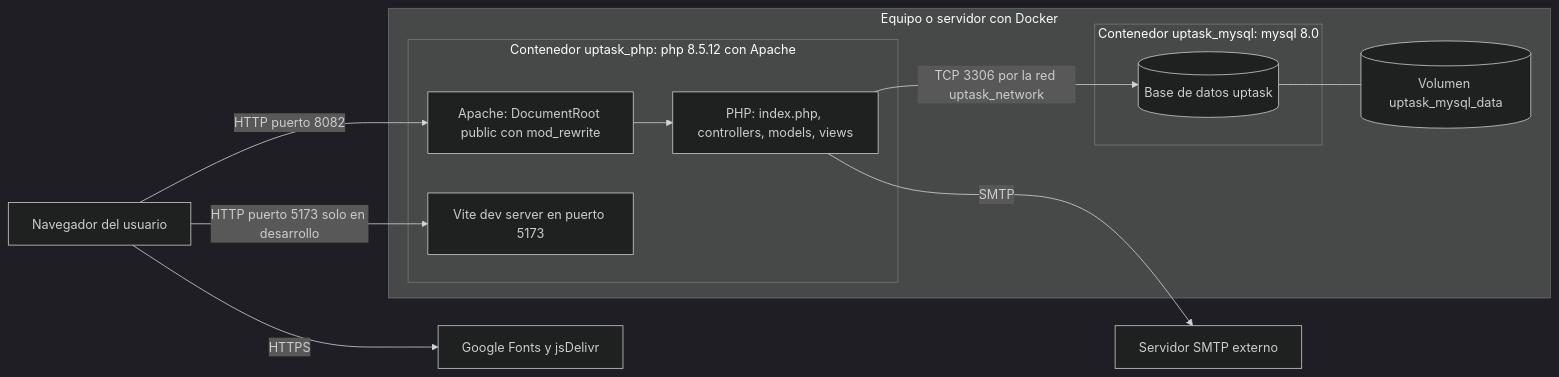
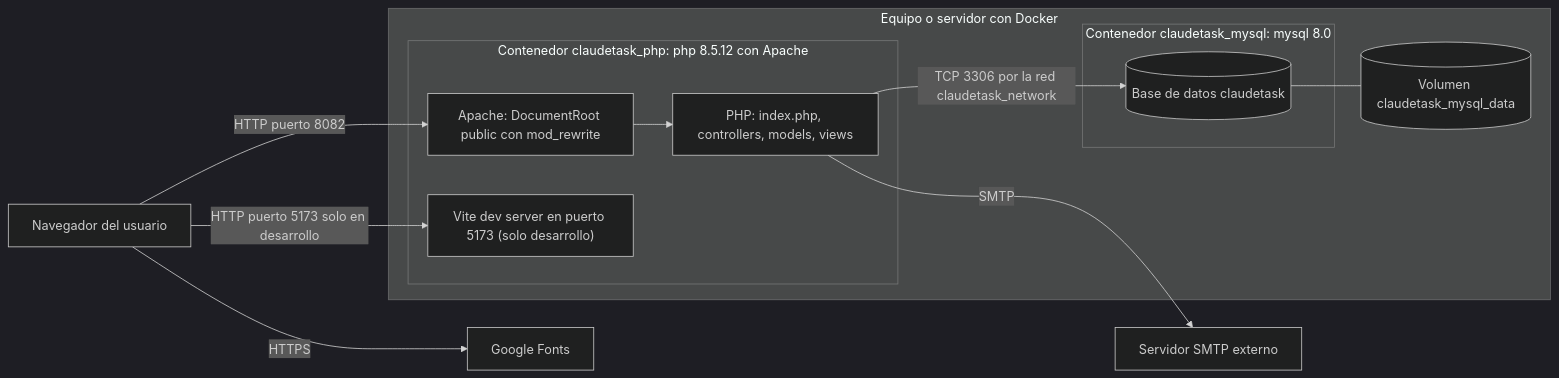
Before and after one commit to JCChoqueM/Santi-Task: diagram 12 of 14 in docs_santitask.md, drawn with Mermaid (dark theme). The commit also changed other lines of this file, not shown here.

Commit message:
Paso 10a: secciones 3 y 4 de docs_santitask.md alineadas con ClaudeTask (roles, partes, vinculos, API)

````diff
--- a/docs_santitask.md
+++ b/docs_santitask.md
@@ -642,26 +953,26 @@
 ```mermaid
 flowchart LR
     NAV["Navegador del usuario"]
     SMTP["Servidor SMTP externo"]
-    CDN["Google Fonts y jsDelivr"]
+    CDN["Google Fonts"]
 
     subgraph Host["Equipo o servidor con Docker"]
-        subgraph PHP["Contenedor uptask_php: php 8.5.12 con Apache"]
+        subgraph PHP["Contenedor claudetask_php: php 8.5.12 con Apache"]
             AP["Apache: DocumentRoot public con mod_rewrite"]
             APP["PHP: index.php, controllers, models, views"]
-            VT["Vite dev server en puerto 5173"]
+            VT["Vite dev server en puerto 5173 (solo desarrollo)"]
         end
-        subgraph MY["Contenedor uptask_mysql: mysql 8.0"]
-            DB[("Base de datos uptask")]
+        subgraph MY["Contenedor claudetask_mysql: mysql 8.0"]
+            DB[("Base de datos claudetask")]
         end
-        VOL[("Volumen uptask_mysql_data")]
+        VOL[("Volumen claudetask_mysql_data")]
     end
 
     NAV -->|"HTTP puerto 8082"| AP
     NAV -->|"HTTP puerto 5173 solo en desarrollo"| VT
     AP --> APP
-    APP -->|"TCP 3306 por la red uptask_network"| DB
+    APP -->|"TCP 3306 por la red claudetask_network"| DB
     DB --- VOL
     APP -->|"SMTP"| SMTP
     NAV -->|"HTTPS"| CDN
 ```
````
